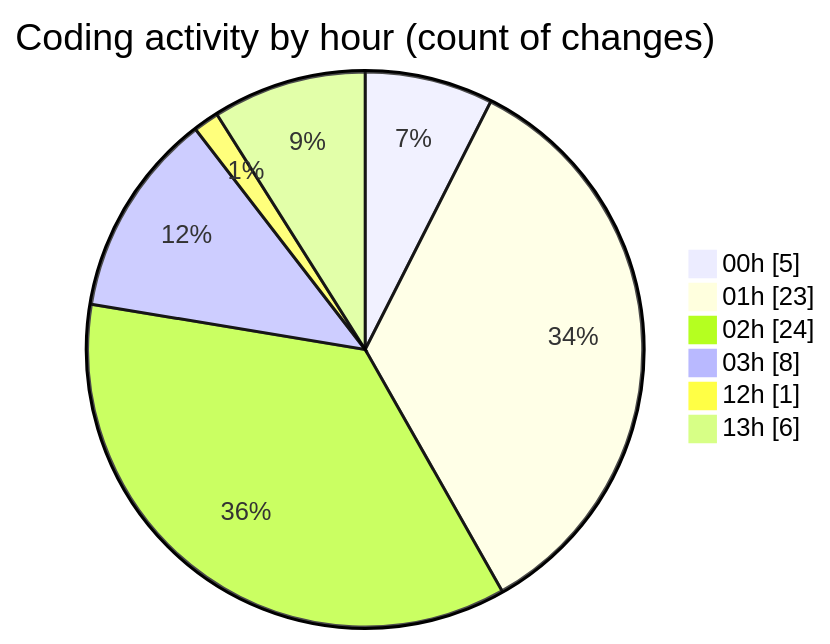
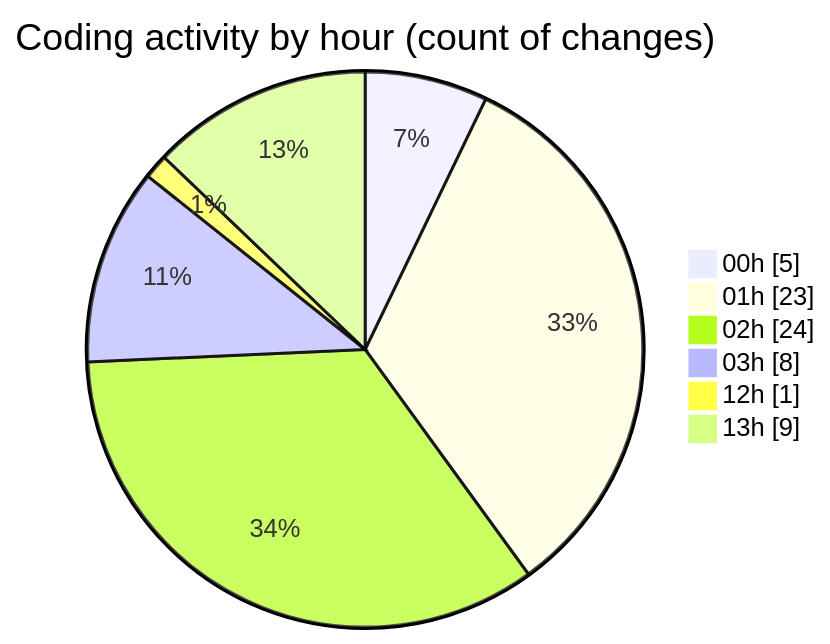
Before and after one commit to julien-gomy/code-tracking: the second of 2 diagrams in 2025-11-06/usr_aleoudev_fr__workspace_/README.md, drawn with Mermaid. The commit also changed other lines of this file and 1 other file, not shown here.

````diff
--- a/2025-11-06/usr_aleoudev_fr__workspace_/README.md
+++ b/2025-11-06/usr_aleoudev_fr__workspace_/README.md
@@ -33,10 +33,10 @@
 ```mermaid
 pie showData
 title Coding activity by hour (count of changes)
 "00h" : 5
 "01h" : 23
 "02h" : 24
 "03h" : 8
 "12h" : 1
-"13h" : 6
+"13h" : 9
 ```
````
